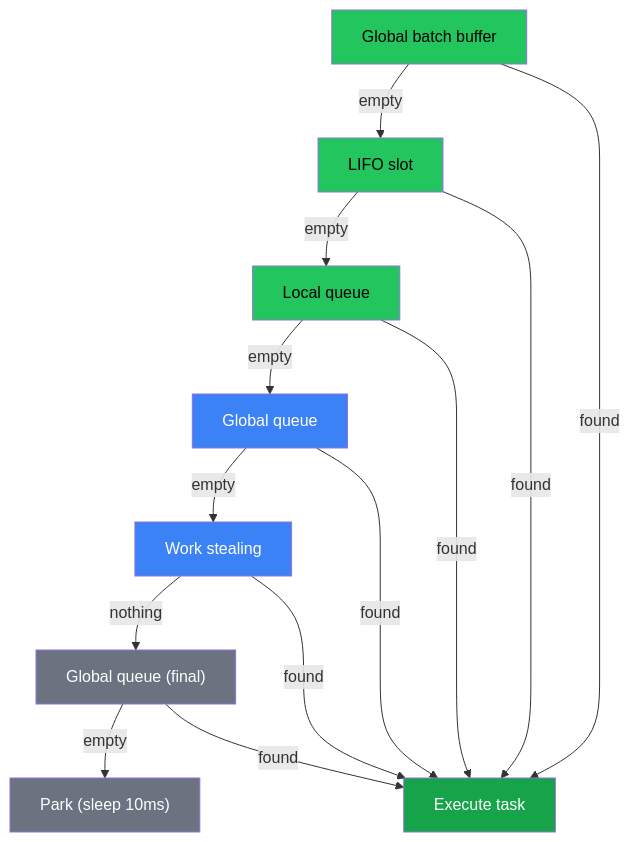
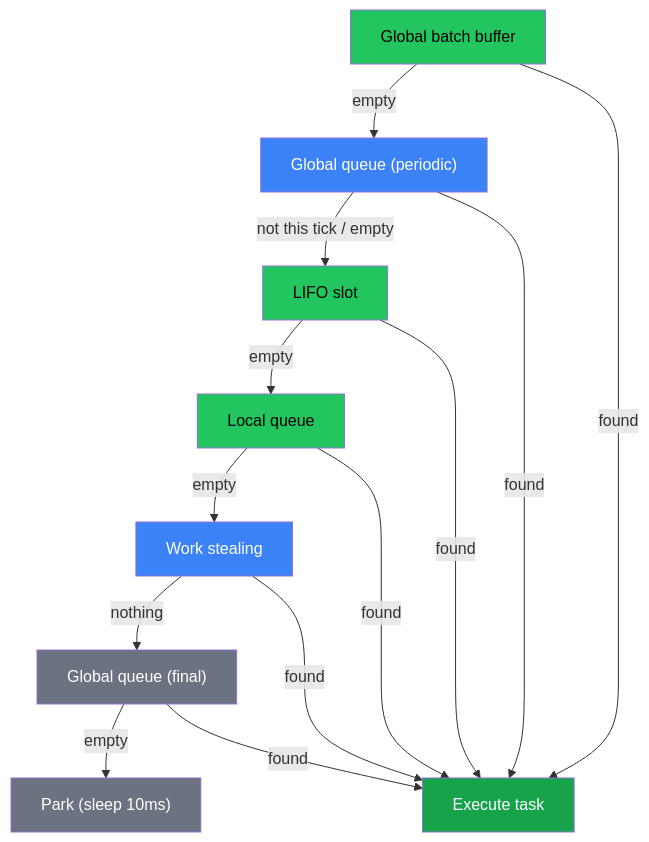
The first of 2 diagrams in docs/src/content/docs/internals/scheduler.md (NerdMeNot/volt), drawn with Mermaid before and after one commit. The commit also changed other lines of this file and 27 other files, not shown here.

````diff
--- a/docs/src/content/docs/internals/scheduler.md
+++ b/docs/src/content/docs/internals/scheduler.md
@@ -50,25 +52,25 @@
 ```mermaid
 graph TD
-    A["Global batch buffer"] -->|empty| B["LIFO slot"]
-    B -->|empty| C["Local queue"]
-    C -->|empty| D["Global queue"]
+    A["Global batch buffer"] -->|empty| B["Global queue (periodic)"]
+    B -->|"not this tick / empty"| C["LIFO slot"]
+    C -->|empty| D["Local queue"]
     D -->|empty| E["Work stealing"]
     E -->|nothing| F["Global queue (final)"]
     F -->|empty| G["Park (sleep 10ms)"]
 
     A -->|found| X["Execute task"]
     B -->|found| X
     C -->|found| X
     D -->|found| X
     E -->|found| X
     F -->|found| X
 
     style A fill:#22c55e,color:#000
-    style B fill:#22c55e,color:#000
+    style B fill:#3b82f6,color:#fff
     style C fill:#22c55e,color:#000
-    style D fill:#3b82f6,color:#fff
+    style D fill:#22c55e,color:#000
     style E fill:#3b82f6,color:#fff
     style F fill:#6b7280,color:#fff
     style G fill:#6b7280,color:#fff
     style X fill:#16a34a,color:#fff
 ```
````
